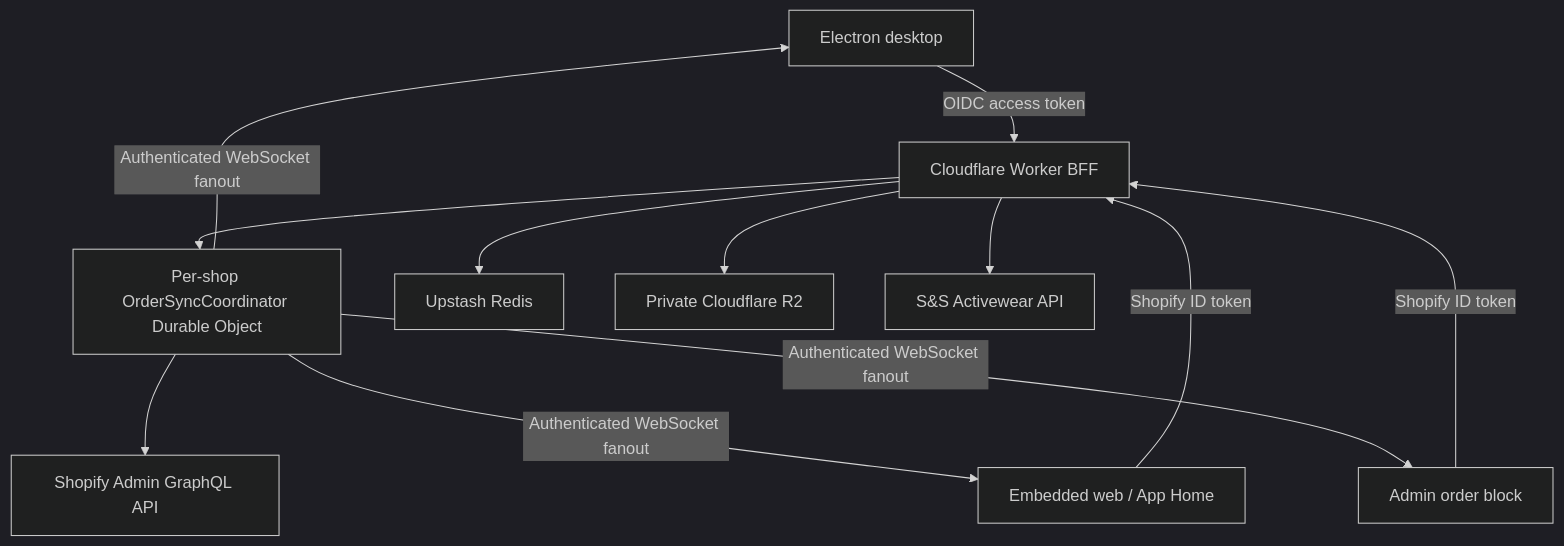
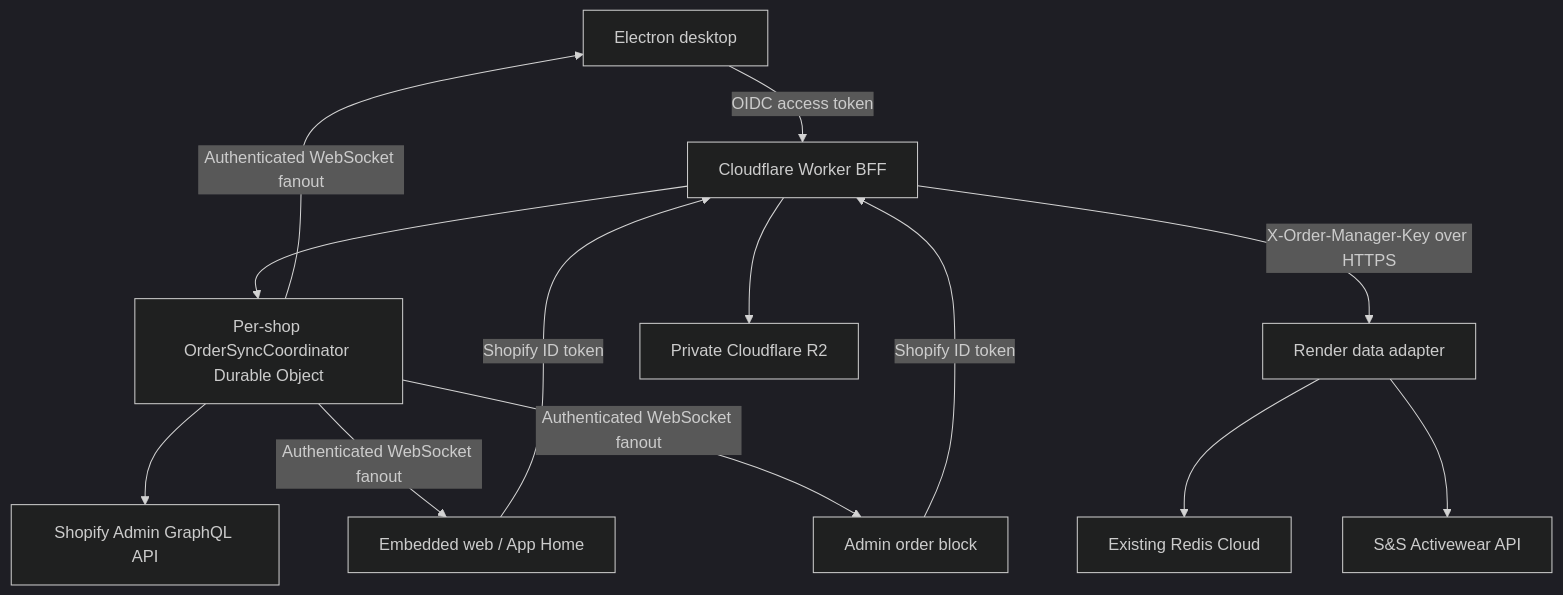
Before and after one commit to personman1234567/PrintMO-Order-Management: the diagram in docs/official-docs/future-plans/shopify-live-api-sync-admin-blocks-plan.md, drawn with Mermaid (dark theme). The commit also changed other lines of this file and 13 other files, not shown here.

````diff
--- a/docs/official-docs/future-plans/shopify-live-api-sync-admin-blocks-plan.md
+++ b/docs/official-docs/future-plans/shopify-live-api-sync-admin-blocks-plan.md
@@ -49,15 +49,16 @@
 ```mermaid
 flowchart TD
     Electron["Electron desktop"] -->|"OIDC access token"| BFF["Cloudflare Worker BFF"]
     Web["Embedded web / App Home"] -->|"Shopify ID token"| BFF
     Block["Admin order block"] -->|"Shopify ID token"| BFF
 
     BFF --> Coordinator["Per-shop OrderSyncCoordinator Durable Object"]
     Coordinator --> Shopify["Shopify Admin GraphQL API"]
-    BFF --> Redis["Upstash Redis"]
+    BFF -->|"X-Order-Manager-Key over HTTPS"| Adapter["Render data adapter"]
+    Adapter --> Redis["Existing Redis Cloud"]
     BFF --> R2["Private Cloudflare R2"]
-    BFF --> SS["S&S Activewear API"]
+    Adapter --> SS["S&S Activewear API"]
     Coordinator -->|"Authenticated WebSocket fanout"| Electron
     Coordinator -->|"Authenticated WebSocket fanout"| Web
     Coordinator -->|"Authenticated WebSocket fanout"| Block
 ```
````
